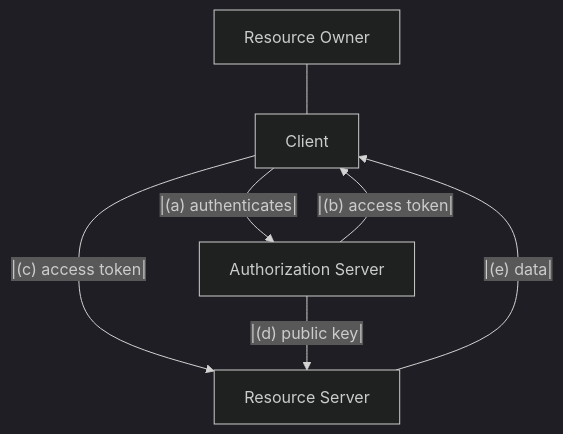
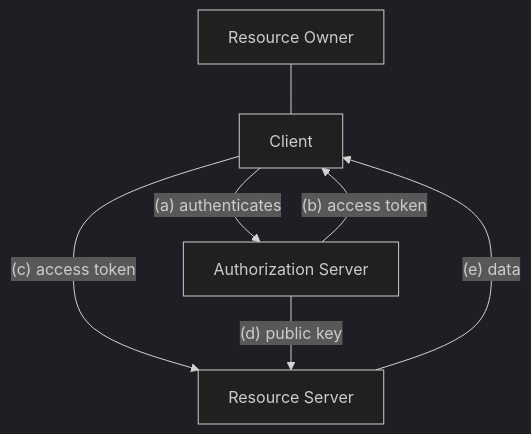
Before and after one commit to Shaurya-GitH/notes: the diagram in content/Security/OAuth 2.0.md, drawn with Mermaid (dark theme). The commit also changed 5 other files, not shown here.

````diff
--- a/content/Security/OAuth 2.0.md
+++ b/content/Security/OAuth 2.0.md
@@ -18,13 +18,13 @@
 ```mermaid
 flowchart TD
     RO[Resource Owner] --- Client
 
-    Client --|(a) authenticates|--> AS[Authorization Server]
-    AS --|(b) access token|--> Client
+    Client --(a) authenticates--> AS[Authorization Server]
+    AS --(b) access token--> Client
 
-    Client --|(c) access token|--> RS[Resource Server]
-    RS --|(e) data|--> Client
+    Client --(c) access token--> RS[Resource Server]
+    RS --(e) data--> Client
 
-    AS --|(d) public key|--> RS
+    AS --(d) public key--> RS
 
 ```
````
